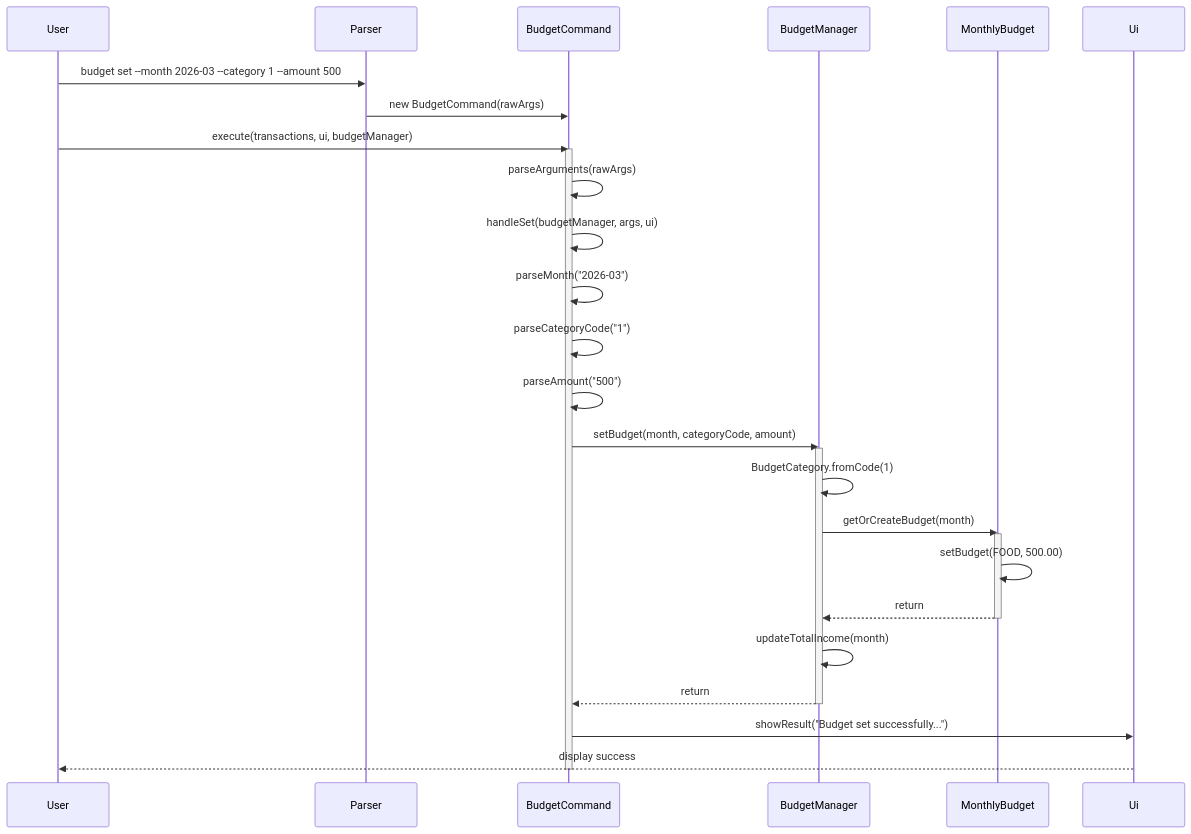
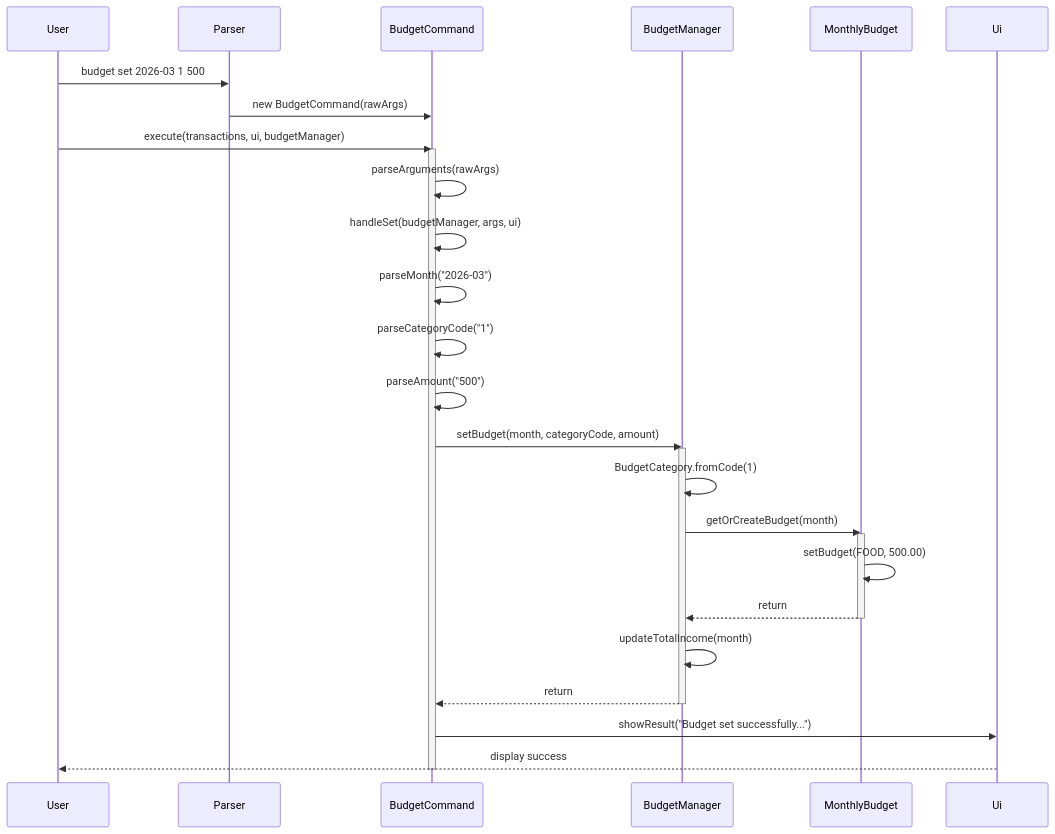
Before and after one commit to llk214/tp: diagram 12 of 18 in docs/DeveloperGuide.md, drawn with Mermaid. The commit also changed other lines of this file, not shown here.

Commit message:
Fix flag-based command examples in DG body diagrams

````diff
--- a/docs/DeveloperGuide.md
+++ b/docs/DeveloperGuide.md
@@ -884,41 +884,41 @@
 ```mermaid
 sequenceDiagram
     participant User
     participant Parser
     participant BudgetCommand
     participant BM as BudgetManager
     participant MonthlyBudget
     participant Ui
 
-    User->>Parser: budget set --month 2026-03 --category 1 --amount 500
+    User->>Parser: budget set 2026-03 1 500
     Parser->>BudgetCommand: new BudgetCommand(rawArgs)
 
     User->>BudgetCommand: execute(transactions, ui, budgetManager)
 
     activate BudgetCommand
     BudgetCommand->>BudgetCommand: parseArguments(rawArgs)
     BudgetCommand->>BudgetCommand: handleSet(budgetManager, args, ui)
 
     BudgetCommand->>BudgetCommand: parseMonth("2026-03")
     BudgetCommand->>BudgetCommand: parseCategoryCode("1")
     BudgetCommand->>BudgetCommand: parseAmount("500")
 
     BudgetCommand->>BM: setBudget(month, categoryCode, amount)
     activate BM
 
     BM->>BM: BudgetCategory.fromCode(1)
     BM->>MonthlyBudget: getOrCreateBudget(month)
     activate MonthlyBudget
 
     MonthlyBudget->>MonthlyBudget: setBudget(FOOD, 500.00)
     MonthlyBudget-->>BM: return
     deactivate MonthlyBudget
 
     BM->>BM: updateTotalIncome(month)
     BM-->>BudgetCommand: return
     deactivate BM
 
     BudgetCommand->>Ui: showResult("Budget set successfully...")
     Ui-->>User: display success
     deactivate BudgetCommand
 ```
````
